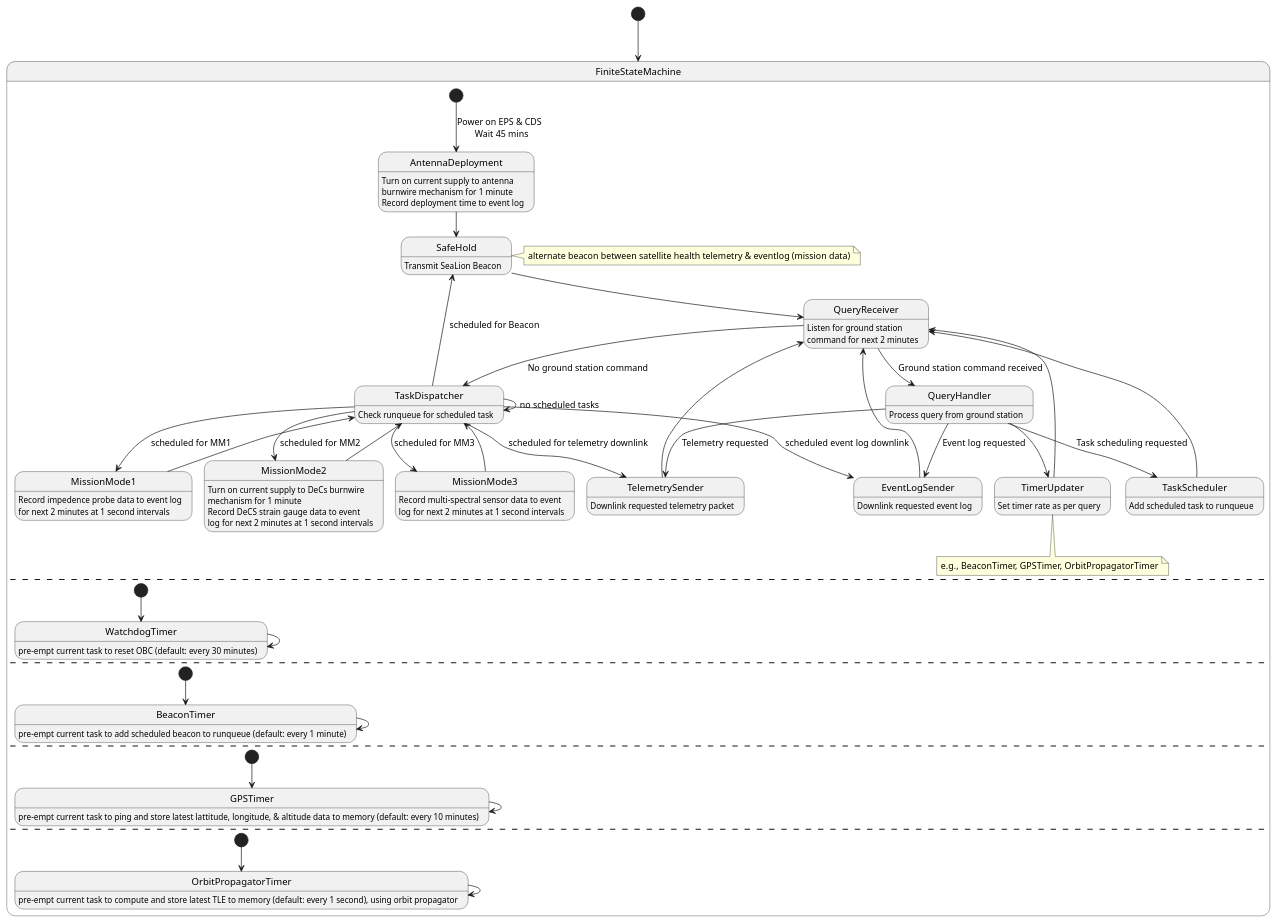
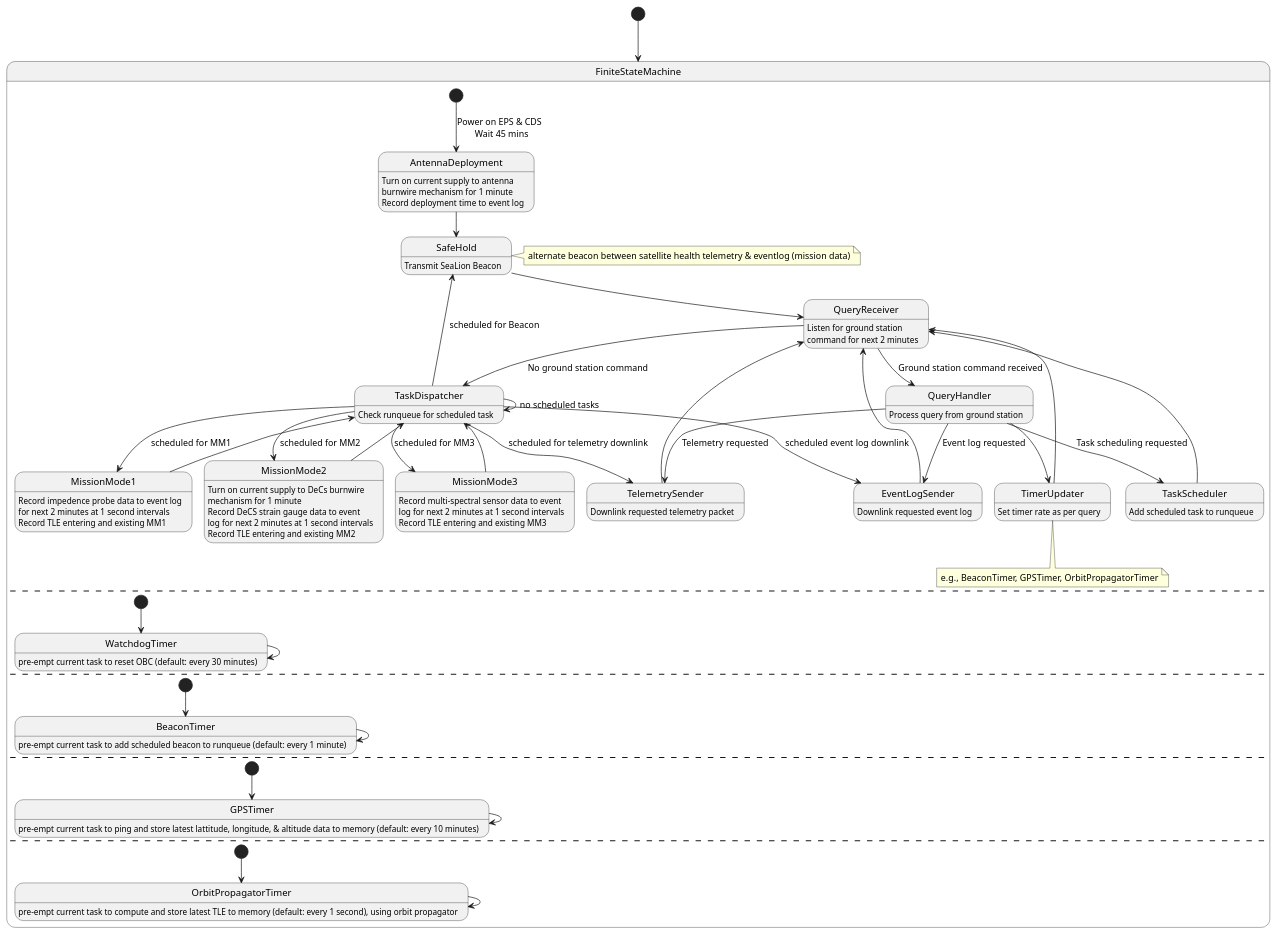
One commit to ODU-CGA-CubeSat/FSW changed the diagram in fsw-architecture/operating-mode-as-fsm.puml. Above: the diagram before and after it, drawn with PlantUML.

Commit message:
-Added activity for mission modes

```diff
--- a/fsw-architecture/operating-mode-as-fsm.puml
+++ b/fsw-architecture/operating-mode-as-fsm.puml
@@ -1,84 +1,87 @@
 @startuml
 
 [*] --> FiniteStateMachine
 state FiniteStateMachine {
       state AntennaDeployment
             AntennaDeployment : Turn on current supply to antenna
             AntennaDeployment : burnwire mechanism for 1 minute
             AntennaDeployment : Record deployment time to event log
       state SafeHold
             SafeHold : Transmit SeaLion Beacon
       note right of SafeHold : alternate beacon between satellite health telemetry & eventlog (mission data)
       state QueryReceiver
             QueryReceiver : Listen for ground station
             QueryReceiver : command for next 2 minutes
       state TelemetrySender
             TelemetrySender : Downlink requested telemetry packet
       state EventLogSender
             EventLogSender : Downlink requested event log
       state TimerUpdater
       TimerUpdater : Set timer rate as per query
       note bottom of TimerUpdater : e.g., BeaconTimer, GPSTimer, OrbitPropagatorTimer
       state MissionMode1
             MissionMode1 : Record impedence probe data to event log
             MissionMode1 : for next 2 minutes at 1 second intervals
+            MissionMode1 : Record TLE entering and existing MM1
       state MissionMode2
             MissionMode2 : Turn on current supply to DeCs burnwire
             MissionMode2 : mechanism for 1 minute
             MissionMode2 : Record DeCS strain gauge data to event
             MissionMode2 : log for next 2 minutes at 1 second intervals
+            MissionMode2 : Record TLE entering and existing MM2
       state MissionMode3
             MissionMode3 : Record multi-spectral sensor data to event
             MissionMode3 : log for next 2 minutes at 1 second intervals
+            MissionMode3 : Record TLE entering and existing MM3
       state TaskDispatcher
             TaskDispatcher : Check runqueue for scheduled task
       state QueryHandler
             QueryHandler : Process query from ground station
       state TaskScheduler
             TaskScheduler : Add scheduled task to runqueue
 
       [*] --> AntennaDeployment : Power on EPS & CDS \n Wait 45 mins
       AntennaDeployment --> SafeHold
       SafeHold --> QueryReceiver
       QueryReceiver --> QueryHandler : Ground station command received
       QueryHandler --> TelemetrySender : Telemetry requested
       QueryHandler --> EventLogSender : Event log requested
       QueryHandler --> TaskScheduler : Task scheduling requested
       QueryHandler --> TimerUpdater
       TimerUpdater --> QueryReceiver
       TelemetrySender --> QueryReceiver
       EventLogSender --> QueryReceiver
       TaskScheduler --> QueryReceiver
       QueryReceiver --> TaskDispatcher : No ground station command
       TaskDispatcher --> TaskDispatcher : no scheduled tasks
       TaskDispatcher --> MissionMode1 : scheduled for MM1
       TaskDispatcher --> MissionMode2 : scheduled for MM2
       TaskDispatcher --> MissionMode3 : scheduled for MM3
       TaskDispatcher --> EventLogSender : scheduled event log downlink
       TaskDispatcher --> TelemetrySender : scheduled for telemetry downlink
       TaskDispatcher --> SafeHold : scheduled for Beacon
       MissionMode1 --> TaskDispatcher
       MissionMode2 --> TaskDispatcher
       MissionMode3 --> TaskDispatcher
       --
       state WatchdogTimer
             WatchdogTimer : pre-empt current task to reset OBC (default: every 30 minutes)
       [*] --> WatchdogTimer
       WatchdogTimer --> WatchdogTimer
       --
       state BeaconTimer
             BeaconTimer : pre-empt current task to add scheduled beacon to runqueue (default: every 1 minute)
       [*] --> BeaconTimer
       BeaconTimer --> BeaconTimer
       --
       state GPSTimer
             GPSTimer : pre-empt current task to ping and store latest lattitude, longitude, & altitude data to memory (default: every 10 minutes)
       [*] --> GPSTimer
       GPSTimer --> GPSTimer
       --
       state OrbitPropagatorTimer
             OrbitPropagatorTimer : pre-empt current task to compute and store latest TLE to memory (default: every 1 second), using orbit propagator
       [*] --> OrbitPropagatorTimer
       OrbitPropagatorTimer --> OrbitPropagatorTimer
 }
 @enduml
```
